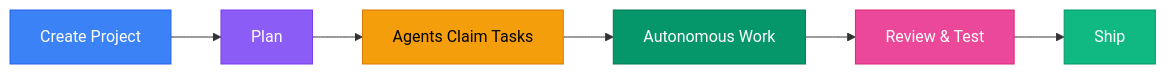
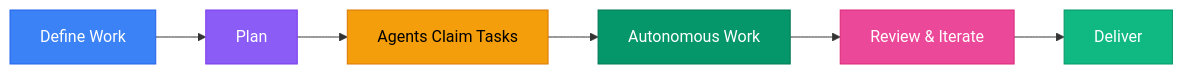
Before and after one commit to BaseDatum/DjinnBot: the diagram in docs/content/_index.md, drawn with Mermaid. The commit also changed other lines of this file and 13 other files, not shown here.

````diff
--- a/docs/content/_index.md
+++ b/docs/content/_index.md
@@ -105,15 +105,15 @@
 ```mermaid
 graph LR
-    A["Create Project"] --> B["Plan"]
+    A["Define Work"] --> B["Plan"]
     B --> C["Agents Claim Tasks"]
     C --> D["Autonomous Work"]
-    D --> E["Review & Test"]
-    E --> F["Ship"]
+    D --> E["Review & Iterate"]
+    E --> F["Deliver"]
     
     style A fill:#3b82f6,color:#fff,stroke:#2563eb
     style B fill:#8b5cf6,color:#fff,stroke:#7c3aed
     style C fill:#f59e0b,color:#000,stroke:#d97706
     style D fill:#059669,color:#fff,stroke:#047857
     style E fill:#ec4899,color:#fff,stroke:#db2777
     style F fill:#10b981,color:#fff,stroke:#059669
 ```
````
